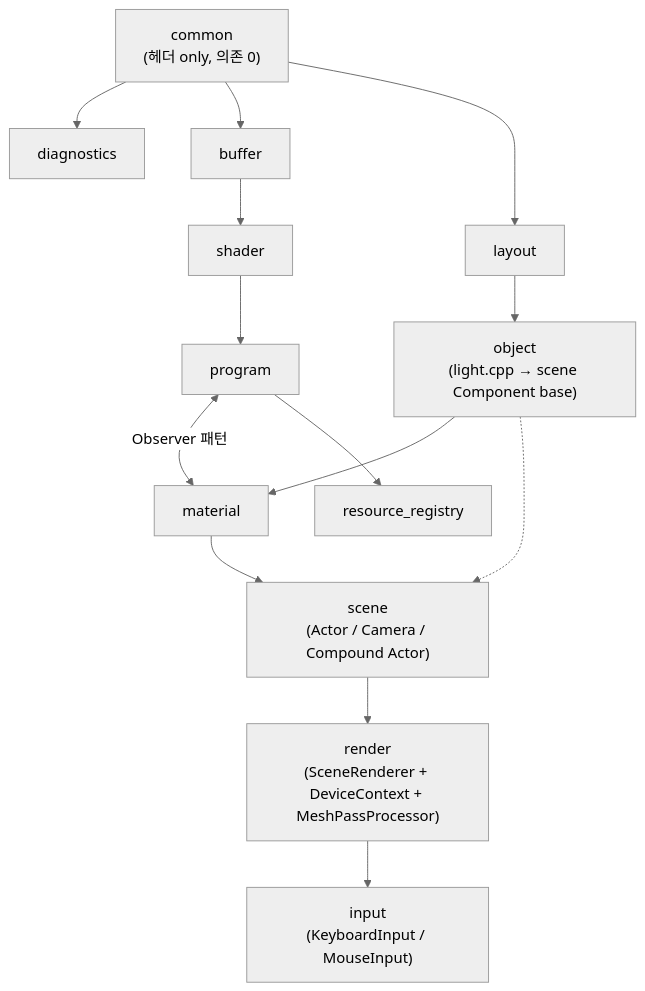
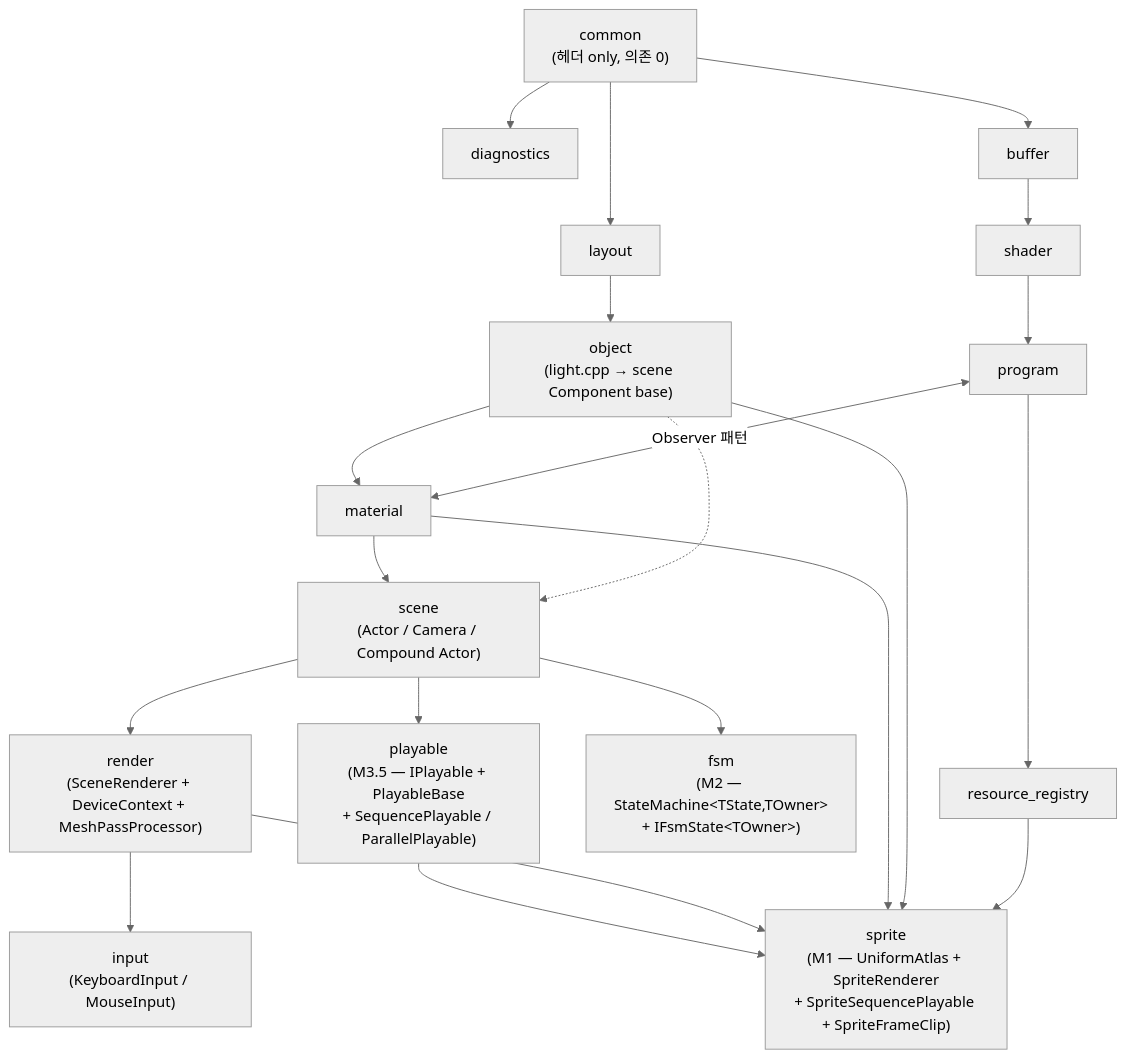
Before and after one commit to DogGuyMan/GlobalMedia-OpenGL-ComputerGraphics: the diagram in doc/EngineAPI.md, drawn with Mermaid (neutral theme). The commit also changed other lines of this file and 65 other files, not shown here.

````diff
--- a/doc/EngineAPI.md
+++ b/doc/EngineAPI.md
@@ -84,34 +87,46 @@
 ```mermaid
 flowchart TD
     common["common<br/>(헤더 only, 의존 0)"]
     diagnostics[diagnostics]
     buffer[buffer]
     layout[layout]
     shader[shader]
     object["object<br/>(light.cpp → scene Component base)"]
     program[program]
     material[material]
     resource_registry[resource_registry]
     scene["scene<br/>(Actor / Camera / Compound Actor)"]
     render["render<br/>(SceneRenderer + DeviceContext + MeshPassProcessor)"]
     input["input<br/>(KeyboardInput / MouseInput)"]
+    sprite["sprite<br/>(M1 — UniformAtlas + SpriteRenderer<br/>+ SpriteSequencePlayable + SpriteFrameClip)"]
+    fsm["fsm<br/>(M2 — StateMachine&lt;TState,TOwner&gt;<br/>+ IFsmState&lt;TOwner&gt;)"]
+    playable["playable<br/>(M3.5 — IPlayable + PlayableBase<br/>+ SequencePlayable / ParallelPlayable)"]
 
     common --> diagnostics
     common --> buffer
     common --> layout
 
     buffer --> shader
     layout --> object
 
     shader --> program
     object --> material
 
     program <-->|Observer 패턴| material
 
     program --> resource_registry
     material --> scene
     object -.-> scene
 
     scene --> render
     render --> input
+
+    %% M1~M3.5 신설 모듈
+    scene --> fsm
+    scene --> playable
+    playable --> sprite
+    render --> sprite
+    material --> sprite
+    object --> sprite
+    resource_registry --> sprite
 ```
````
